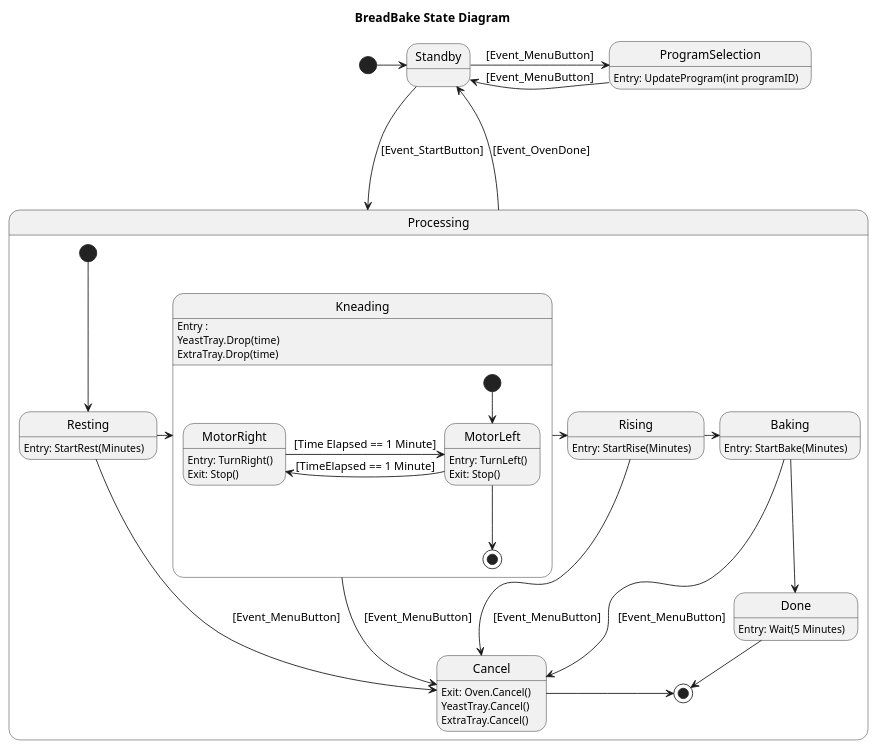
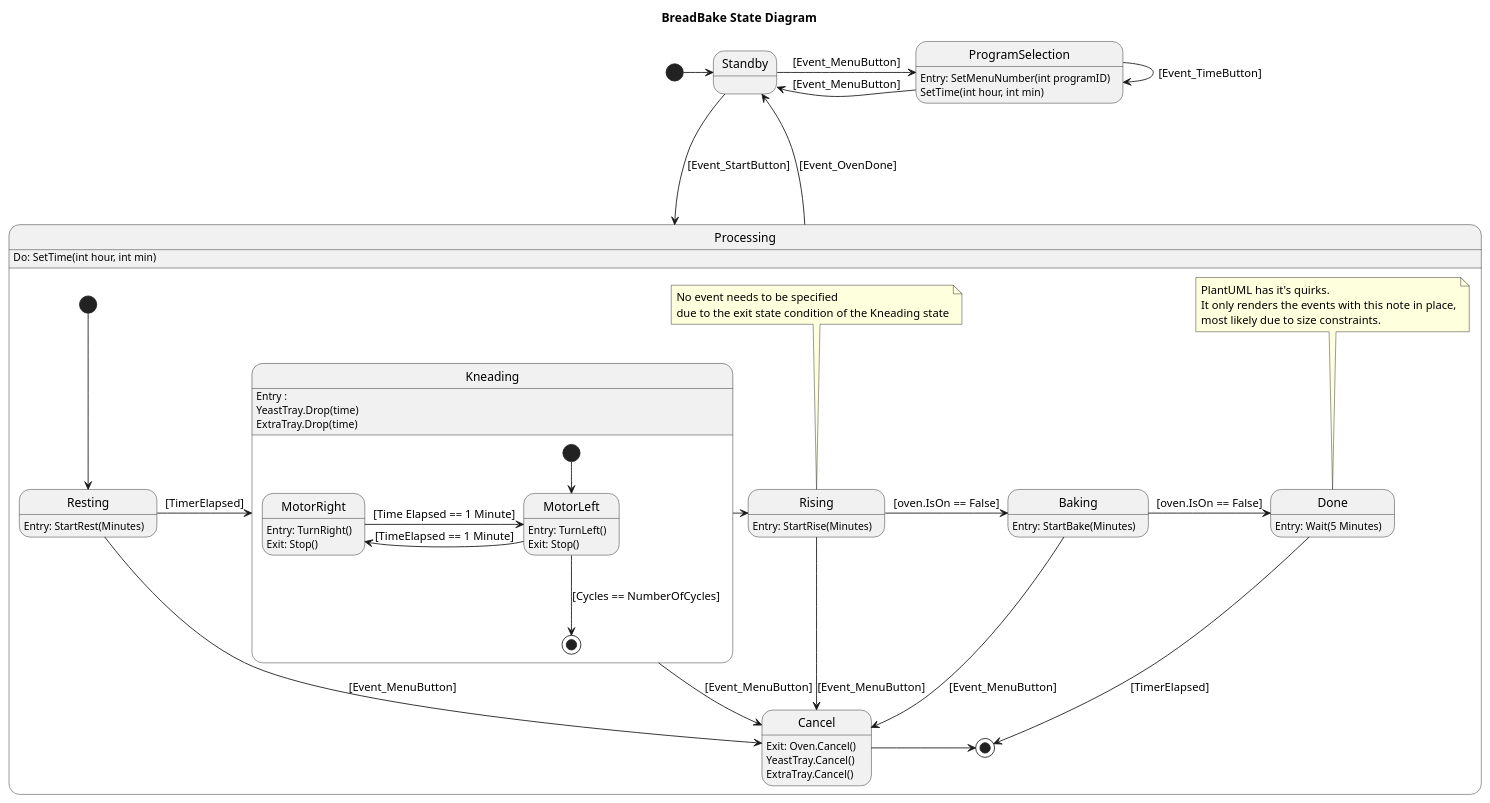
One commit to NathanThus/Technology-Semester-3 changed the diagram in Software Design & Algorithms/BreadBake/Diagram.puml. Above: the diagram before and after it, drawn with PlantUML. The commit also changed 1 other file, not shown here.

```diff
--- a/Software Design & Algorithms/BreadBake/Diagram.puml
+++ b/Software Design & Algorithms/BreadBake/Diagram.puml
@@ -1,63 +1,76 @@
 @startuml BreadBake
 Title BreadBake State Diagram
 
 [*] -> Standby
 
 state ProgramSelection
-    ProgramSelection : Entry: UpdateProgram(int programID)
+    ProgramSelection : Entry: SetMenuNumber(int programID)
+    ProgramSelection : SetTime(int hour, int min)
 
 Standby -> ProgramSelection : [Event_MenuButton]
 ProgramSelection -> Standby : [Event_MenuButton]
+ProgramSelection -> ProgramSelection : [Event_TimeButton]
 
 Standby ---> Processing : [Event_StartButton]
 
 state Processing {
+    Processing: Do: SetTime(int hour, int min)
     state Baking
         Baking: Entry: StartBake(Minutes)
     state Resting
         Resting: Entry: StartRest(Minutes)
     state Rising
         Rising: Entry: StartRise(Minutes)
     state Done
         Done: Entry: Wait(5 Minutes)
 
     state Kneading {
     Kneading: Entry : 
     Kneading: YeastTray.Drop(time)
     Kneading: ExtraTray.Drop(time)
 
     state MotorLeft
         MotorLeft: Entry: TurnLeft()
         MotorLeft: Exit: Stop()
     state MotorRight
         MotorRight: Entry: TurnRight()
         MotorRight: Exit: Stop()
 
     [*] --> MotorLeft
 
     MotorLeft -Left-> MotorRight : [TimeElapsed == 1 Minute]
     MotorRight -Right-> MotorLeft : [Time Elapsed == 1 Minute]
-    MotorLeft --Down-> [*]
+    MotorLeft --Down-> [*] : [Cycles == NumberOfCycles]
     }
 
     state Cancel {
         Cancel: Exit: Oven.Cancel() \nYeastTray.Cancel() \nExtraTray.Cancel()
     }
+    
+    [*] -down-> Resting
+    Resting --right-> Kneading : [TimerElapsed]
+    note top of Rising
+        No event needs to be specified
+        due to the exit state condition of the Kneading state
+    end note
+    Kneading -> Rising
+    Rising -> Baking : [oven.IsOn == False]
+    Baking -right-> Done : [oven.IsOn == False]
+    Done -> [*] : [TimerElapsed]
 
-    [*] -down-> Resting
-    Resting --right-> Kneading 
-    Kneading -> Rising 
-    Rising -> Baking
-    Baking -right-> Done
-    Done -> [*] : [TaskNr != done || Event_MenuButton]
+    note top of Done
+        PlantUML has it's quirks.
+        It only renders the events with this note in place,
+        most likely due to size constraints.
+    end note
 
     Resting -down-> Cancel : [Event_MenuButton]
     Kneading -down-> Cancel : [Event_MenuButton]
     Rising -down-> Cancel : [Event_MenuButton]
     Baking -down-> Cancel : [Event_MenuButton]
 
     Cancel->[*]
 }
 
 Processing --> Standby : [Event_OvenDone]
 @enduml
```
